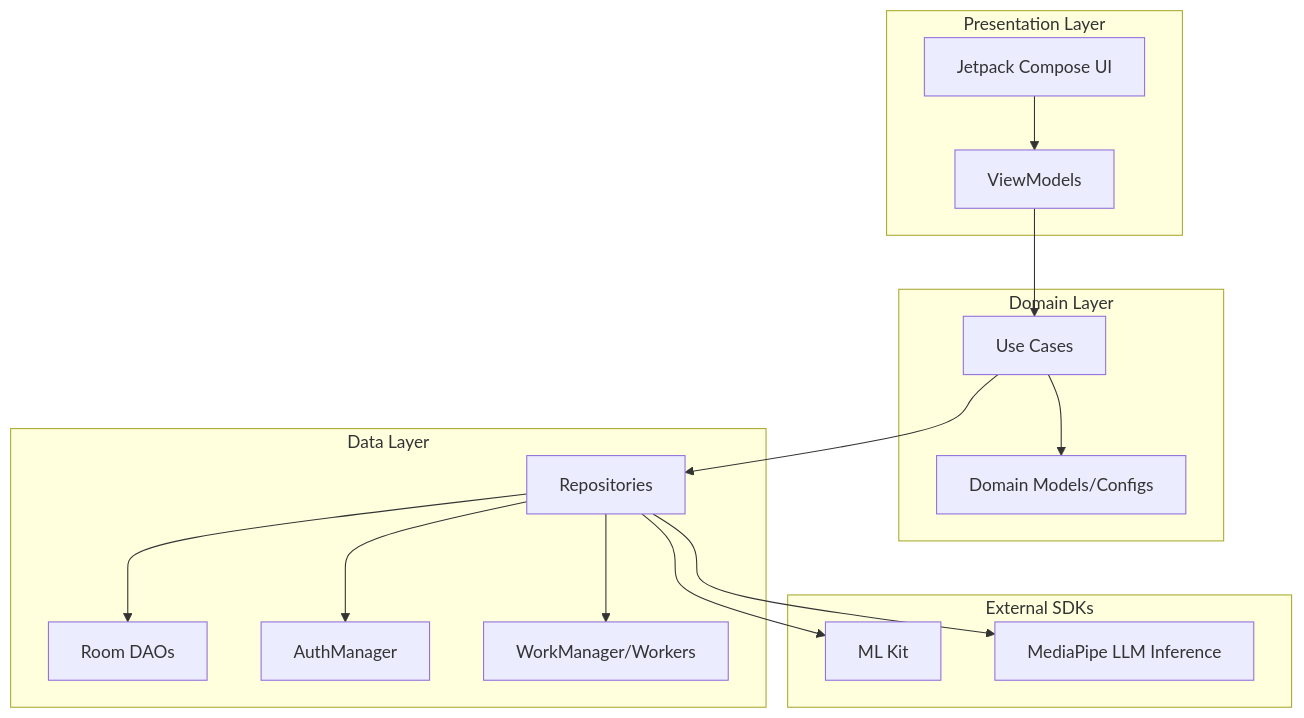
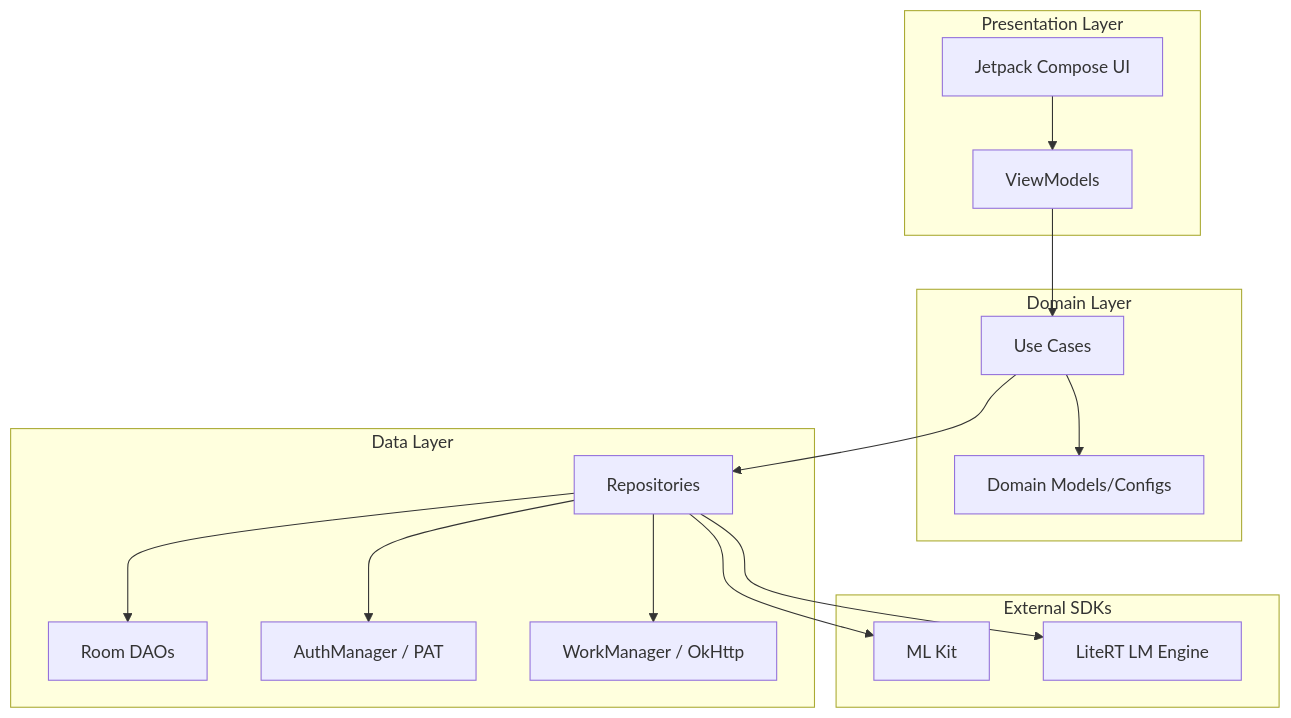
One commit to yoshixmk/scancard changed the diagram in .kiro/specs/scancard-app-core/design.md. Above: the diagram before and after it, drawn with Mermaid. The commit also changed other lines of this file and 17 other files, not shown here.

````diff
--- a/.kiro/specs/scancard-app-core/design.md
+++ b/.kiro/specs/scancard-app-core/design.md
@@ -32,34 +33,34 @@
 ```mermaid
 graph TB
     subgraph "Presentation Layer"
         UI[Jetpack Compose UI]
         VM[ViewModels]
     end
 
     subgraph "Domain Layer"
         UC[Use Cases]
         M[Domain Models/Configs]
     end
 
     subgraph "Data Layer"
         R[Repositories]
         DAO[Room DAOs]
-        Auth[AuthManager]
-        Worker[WorkManager/Workers]
+        Auth[AuthManager / PAT]
+        Worker[WorkManager / OkHttp]
     end
 
     subgraph "External SDKs"
         ML[ML Kit]
-        MP[MediaPipe LLM Inference]
+        MP[LiteRT LM Engine]
     end
 
     UI --> VM
     VM --> UC
     UC --> M
     UC --> R
     R --> DAO
     R --> Auth
     R --> Worker
     R --> ML
     R --> MP
 ```
````
